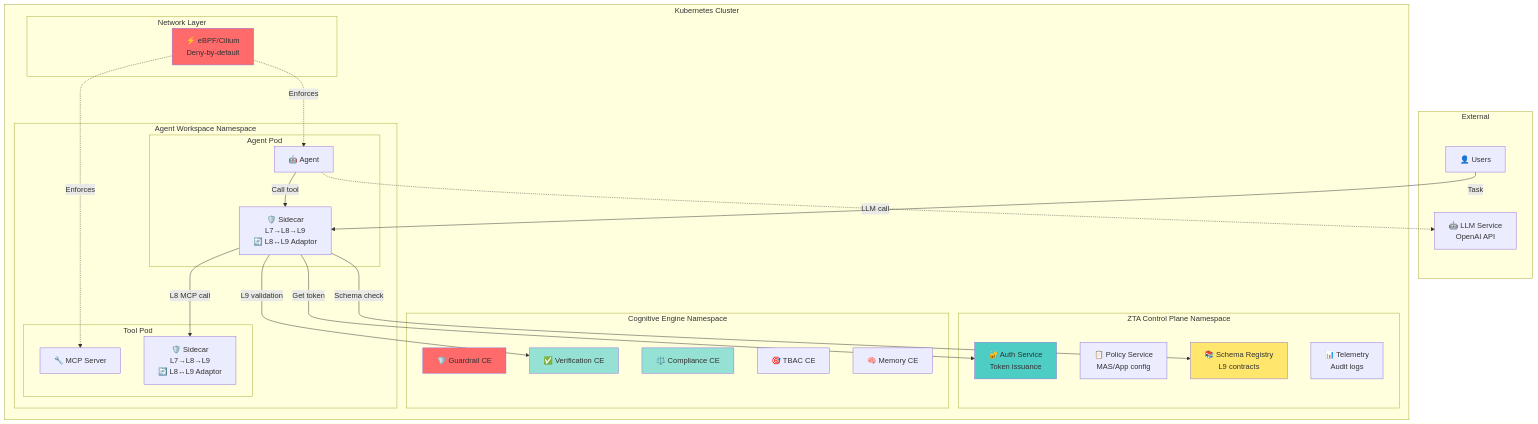
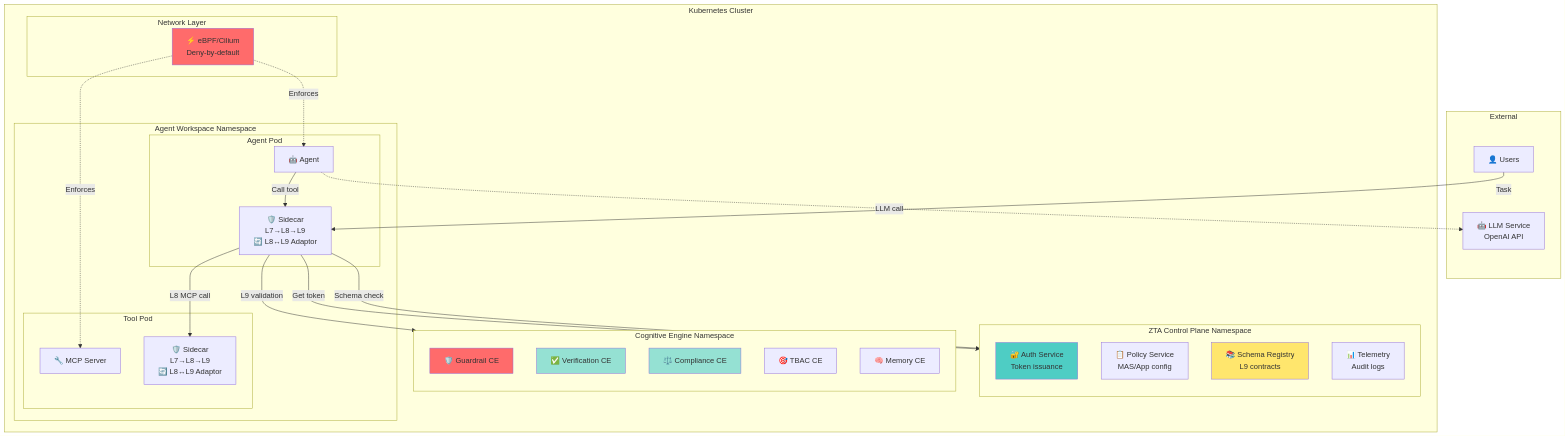
One commit to outshift-open/CASA changed the first of 5 diagrams in contrib/wip/it1/SPECS_IOC.md. Above: the diagram before and after it, drawn with Mermaid.

````diff
--- a/contrib/wip/it1/SPECS_IOC.md
+++ b/contrib/wip/it1/SPECS_IOC.md
@@ -104,58 +104,60 @@
 ```mermaid
 graph TB
     subgraph "External"
         USER[👤 Users]
         LLM[🤖 LLM Service<br/>OpenAI API]
     end
 
     subgraph "Kubernetes Cluster"
         subgraph "ZTA Control Plane Namespace"
+            direction TD
             AUTH[🔐 Auth Service<br/>Token issuance]
             POLICY[📋 Policy Service<br/>MAS/App config]
             SCHEMA[📚 Schema Registry<br/>L9 contracts]
             TELEM[📊 Telemetry<br/>Audit logs]
         end
 
         subgraph "Cognitive Engine Namespace"
+            direction TD
             CE_GUARD[🛡️ Guardrail CE]
             CE_VERIFY[✅ Verification CE]
             CE_COMPLY[⚖️ Compliance CE]
             CE_TBAC[🎯 TBAC CE]
             CE_MEMORY[🧠 Memory CE]
         end
 
         subgraph "Agent Workspace Namespace"
             subgraph "Agent Pod"
                 AGENT[🤖 Agent]
                 SIDECAR_A[🛡️ Sidecar<br/>L7→L8→L9<br/>🔄 L8↔L9 Adaptor]
             end
 
             subgraph "Tool Pod"
                 TOOL[🔧 MCP Server]
                 SIDECAR_T[🛡️ Sidecar<br/>L7→L8→L9<br/>🔄 L8↔L9 Adaptor]
             end
         end
 
         subgraph "Network Layer"
             EBPF[⚡ eBPF/Cilium<br/>Deny-by-default]
         end
     end
 
     USER -->|Task| SIDECAR_A
     SIDECAR_A -->|Get token| AUTH
     AGENT -->|Call tool| SIDECAR_A
     SIDECAR_A -->|L9 validation| CE_VERIFY
     SIDECAR_A -->|Schema check| SCHEMA
     SIDECAR_A -->|L8 MCP call| SIDECAR_T
     AGENT -.->|LLM call| LLM
 
     EBPF -.->|Enforces| AGENT
     EBPF -.->|Enforces| TOOL
 
     style CE_GUARD fill:#ff6b6b
     style CE_VERIFY fill:#95e1d3
     style CE_COMPLY fill:#95e1d3
     style EBPF fill:#ff6b6b
     style AUTH fill:#4ecdc4
     style SCHEMA fill:#ffe66d
 ```
````
